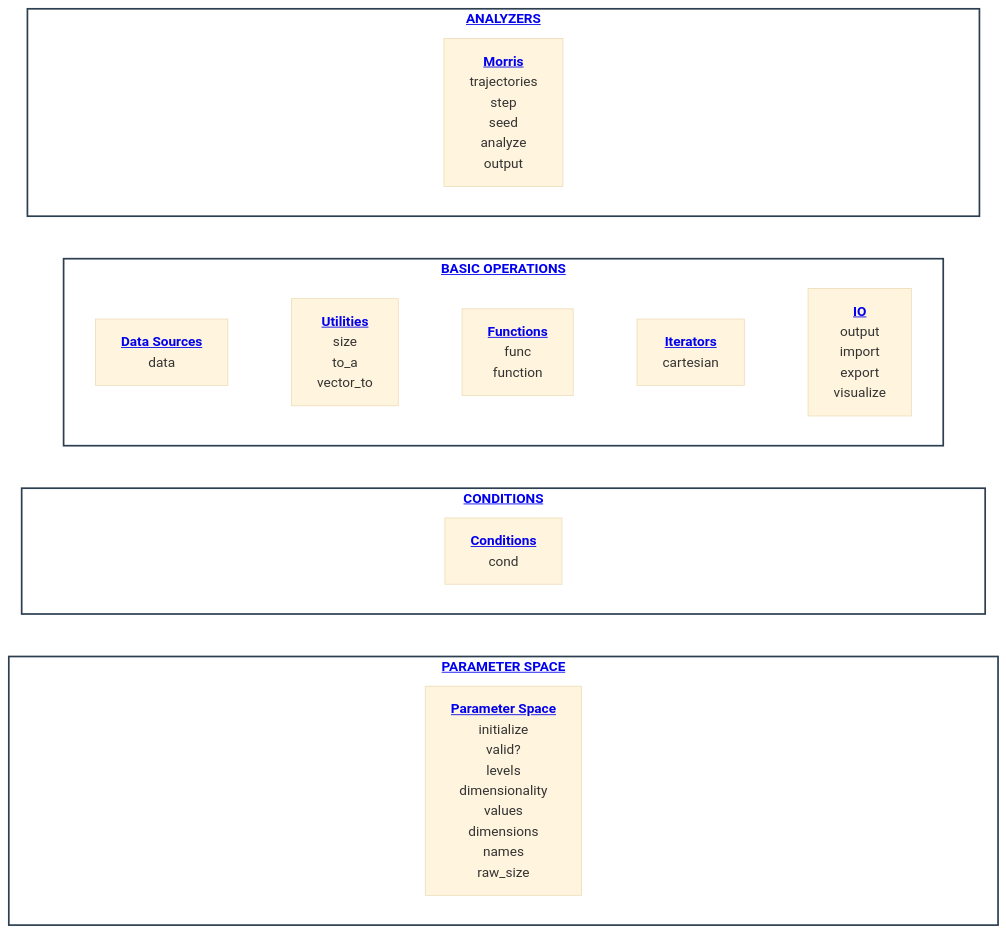
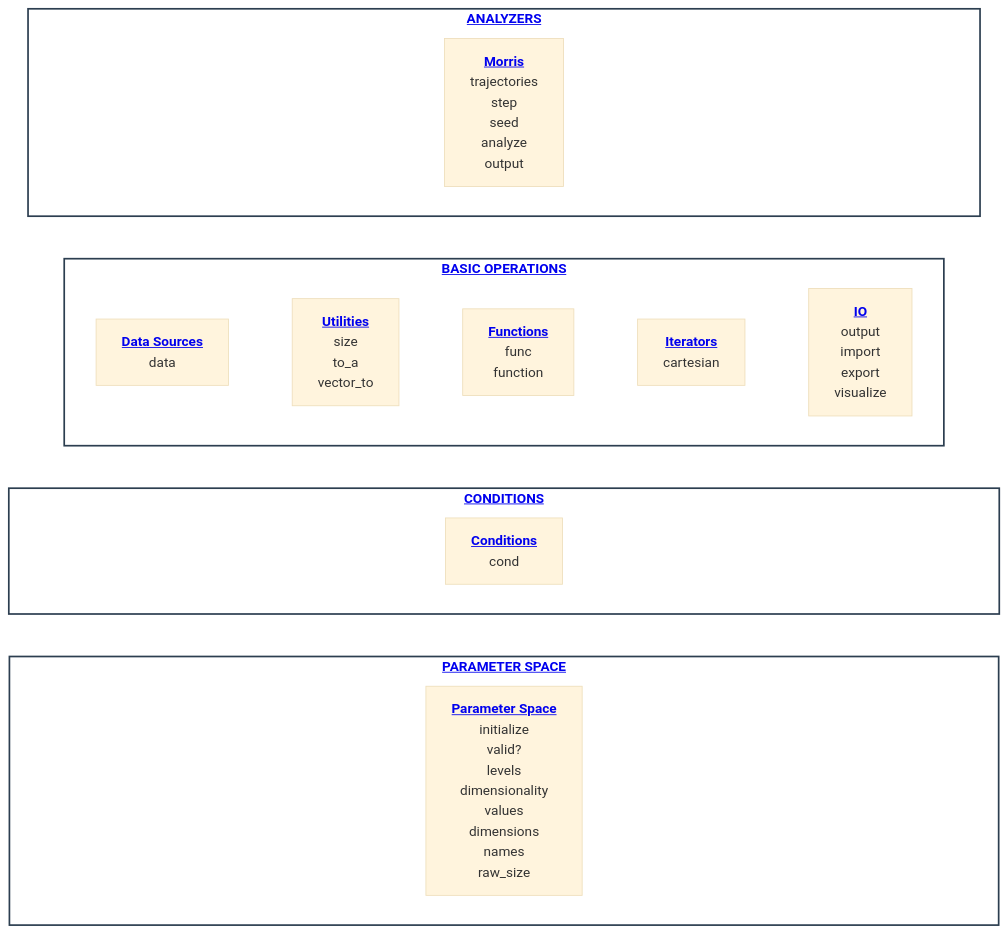
Before and after one commit to Yuri-Rassokhin/flex-cartesian: the diagram in docs/api/api.md, drawn with Mermaid (base theme).

Commit message:
updated: README

````diff
--- a/docs/api/api.md
+++ b/docs/api/api.md
@@ -6,31 +6,31 @@
 ```mermaid
 flowchart TB
     classDef layer fill:#ffffff,stroke:#2c3e50,stroke-width:2px;
     classDef ghost fill:transparent,stroke:transparent,color:transparent;
 
     subgraph Analyzers ["<a href='https://github.com/Yuri-Rassokhin/flex-cartesian/blob/main/docs/api/api.md#analyzers'><b>ANALYZERS</b></a>"]
         direction LR
         gA1["xxxxxxxxxxxxxxxxxxxxxxxxxxxxxxxxxxxxxxxx"]:::ghost ~~~ M["<a href='https://github.com/Yuri-Rassokhin/flex-cartesian/blob/main/docs/api/api.md#morris-analyzer'><b>Morris</b></a><br/>trajectories<br/>step<br/>seed<br/>analyze<br/>output"] ~~~ gA2["xxxxxxxxxxxxxxxxxxxxxxxxxxxxxxxxxxxxxxxx"]:::ghost
     end
 
     subgraph Core ["<a href='https://github.com/Yuri-Rassokhin/flex-cartesian/blob/main/docs/api/api.md#basic-operations'><b>BASIC OPERATIONS</b></a>"]
         direction LR
         DS["<a href='https://github.com/Yuri-Rassokhin/flex-cartesian/blob/main/docs/api/api.md#data-sources'><b>Data Sources</b></a><br/>data"] ~~~ UT["<a href='https://github.com/Yuri-Rassokhin/flex-cartesian/blob/main/docs/api/api.md#utilities'><b>Utilities</b></a><br/>size<br/>to_a<br/>vector_to"] ~~~ FN["<a href='https://github.com/Yuri-Rassokhin/flex-cartesian/blob/main/docs/api/api.md#functions'><b>Functions</b></a><br/>func<br/>function"] ~~~ IT["<a href='https://github.com/Yuri-Rassokhin/flex-cartesian/blob/main/docs/api/api.md#iterators'><b>Iterators</b></a><br/>cartesian"] ~~~ IO["<a href='https://github.com/Yuri-Rassokhin/flex-cartesian/blob/main/docs/api/api.md#io'><b>IO</b></a><br/>output<br/>import<br/>export<br/>visualize"]
     end
 
     subgraph Cond ["<a href='https://github.com/Yuri-Rassokhin/flex-cartesian/blob/main/docs/api/api.md#conditions'><b>CONDITIONS</b></a>"]
         direction LR
-        gC1["xxxxxxxxxxxxxxxxxxxxxxxxxxxxxxxxxxxxxxxxx"]:::ghost ~~~ C["<a href='https://github.com/Yuri-Rassokhin/flex-cartesian/blob/main/docs/api/api.md#conditions'><b>Conditions</b></a><br/>cond"] ~~~ gC2["xxxxxxxxxxxxxxxxxxxxxxxxxxxxxxxxxxxxxxxxx"]:::ghost
+        gC1["xxxxxxxxxxxxxxxxxxxxxxxxxxxxxxxxxxxxxxxxxxx"]:::ghost ~~~ C["<a href='https://github.com/Yuri-Rassokhin/flex-cartesian/blob/main/docs/api/api.md#conditions'><b>Conditions</b></a><br/>cond"] ~~~ gC2["xxxxxxxxxxxxxxxxxxxxxxxxxxxxxxxxxxxxxxxxxxx"]:::ghost
     end
 
     subgraph Params ["<a href='https://github.com/Yuri-Rassokhin/flex-cartesian/blob/main/docs/api/api.md#parameter-space'><b>PARAMETER SPACE</b></a>"]
         direction LR
         gP1["xxxxxxxxxxxxxxxxxxxxxxxxxxxxxxxxxxxxxxxx"]:::ghost ~~~ PS["<a href='https://github.com/Yuri-Rassokhin/flex-cartesian/blob/main/docs/api/api.md#parameter-space'><b>Parameter Space</b></a><br/>initialize<br/>valid?<br/>levels<br/>dimensionality<br/>values<br/>dimensions<br/>names<br/>raw_size"] ~~~ gP2["xxxxxxxxxxxxxxxxxxxxxxxxxxxxxxxxxxxxxxxx"]:::ghost
     end
 
     Analyzers ~~~ Core
     Core ~~~ Cond
     Cond ~~~ Params
 
     class Analyzers,Core,Cond,Params layer;
 ```
````
